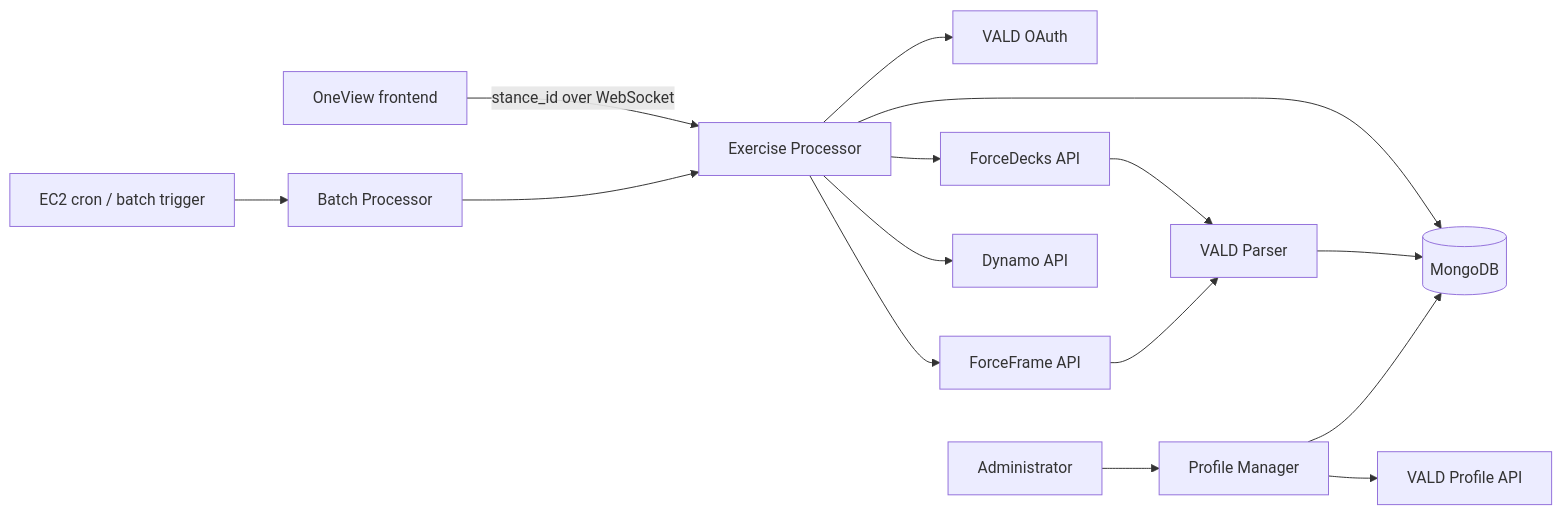
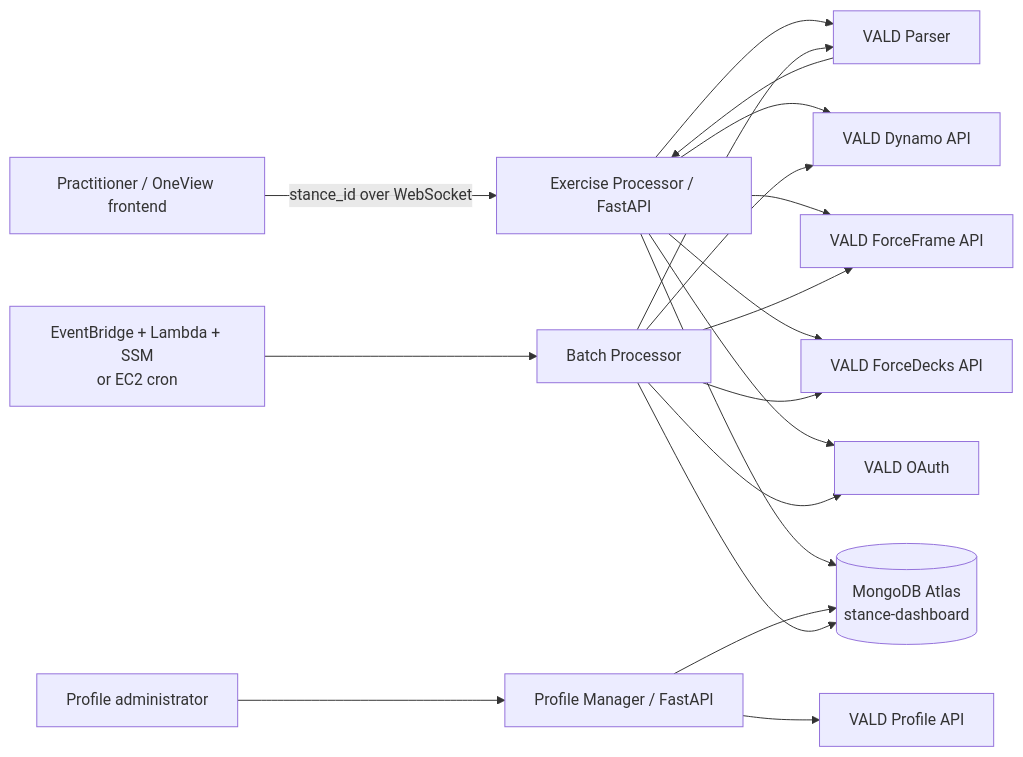
Before and after one commit to pundir72/docs-stance: the first of 4 diagrams in one-view.md, drawn with Mermaid. The commit also changed other lines of this file, not shown here.

````diff
--- a/one-view.md
+++ b/one-view.md
@@ -21,19 +152,35 @@
 ```mermaid
 flowchart LR
-    Frontend[OneView frontend] -->|stance_id over WebSocket| API[Exercise Processor]
-    API --> Mongo[(MongoDB)]
-    API --> OAuth[VALD OAuth]
-    API --> FD[ForceDecks API]
-    API --> FF[ForceFrame API]
-    API --> DY[Dynamo API]
-    FD --> Parser[VALD Parser]
-    FF --> Parser
-    Parser --> Mongo
+    User[Practitioner / OneView frontend]
+    Admin[Profile administrator]
+    WS[Exercise Processor / FastAPI]
+    PM[Profile Manager / FastAPI]
+    Parser[VALD Parser]
+    Batch[Batch Processor]
+    Scheduler[EventBridge + Lambda + SSM<br/>or EC2 cron]
+    Mongo[(MongoDB Atlas<br/>stance-dashboard)]
+    OAuth[VALD OAuth]
+    Profile[VALD Profile API]
+    FD[VALD ForceDecks API]
+    FF[VALD ForceFrame API]
+    DY[VALD Dynamo API]
 
-    Admin[Administrator] --> PM[Profile Manager]
+    User -->|stance_id over WebSocket| WS
+    WS --> Mongo
+    WS --> OAuth
+    WS --> FD
+    WS --> FF
+    WS --> DY
+    WS --> Parser
+    Parser --> WS
+    Admin --> PM
     PM --> Mongo
-    PM --> ProfileAPI[VALD Profile API]
-
-    Scheduler[EC2 cron / batch trigger] --> Batch[Batch Processor]
-    Batch --> API
+    PM --> Profile
+    Scheduler --> Batch
+    Batch --> Mongo
+    Batch --> OAuth
+    Batch --> FD
+    Batch --> FF
+    Batch --> DY
+    Batch --> Parser
 ```
````
